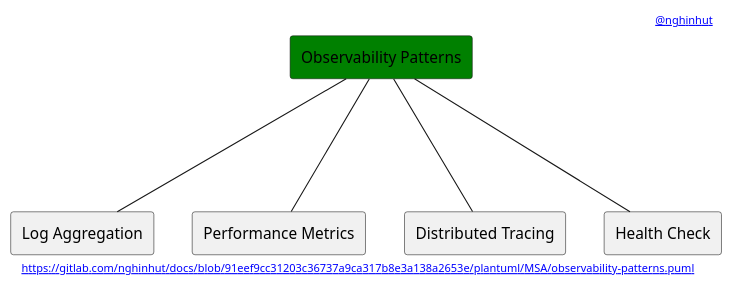
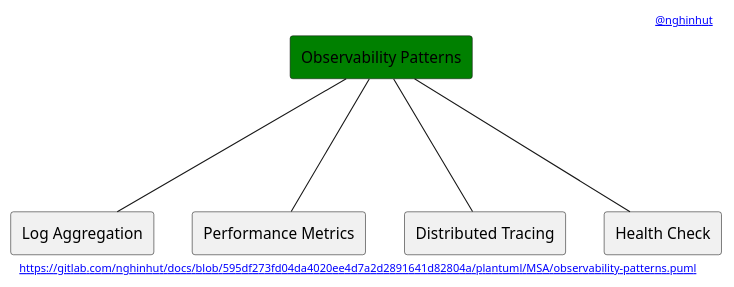
Before and after one commit to nghinhut/docs: the diagram in plantuml/MSA/observability-patterns.puml, drawn with PlantUML. The commit also changed 24 other files, not shown here.

Commit message:
docs(plantuml): update headers

```diff
--- a/plantuml/MSA/observability-patterns.puml
+++ b/plantuml/MSA/observability-patterns.puml
@@ -1,18 +1,18 @@
 @startuml
 '-----START auto generated metadata please keep comment here to allow auto update-----
 '-----DON'T EDIT THIS SECTION, INSTEAD RE-RUN prebuild.sh TO UPDATE-----
-header [[https://www.nghinhut.dev?from=http%5C%3A%5C%2F%5C%2Fwww%5C.plantuml%5C.com%5C%2Fplantuml%5C%2Fproxy%3Ffmt%3Dsvg%5C%26src%3Dhttps%5C%3A%5C%2F%5C%2Fgitlab%5C.com%5C%2Fnghinhut%5C%2Fdocs%5C%2Fraw%5C%2F91eef9cc31203c36737a9ca317b8e3a138a2653e%5C%2Fplantuml%5C%2FMSA%5C%2Fobservability-patterns%5C.puml%0A @nghinhut]]
-footer [[http://www.plantuml.com/plantuml/proxy?fmt=svg&src=https://gitlab.com/nghinhut/docs/raw/91eef9cc31203c36737a9ca317b8e3a138a2653e/plantuml/MSA/observability-patterns.puml https://gitlab.com/nghinhut/docs/blob/91eef9cc31203c36737a9ca317b8e3a138a2653e/plantuml/MSA/observability-patterns.puml]]
+header [[https://www.nghinhut.dev?from=http%5C%3A%5C%2F%5C%2Fwww%5C.plantuml%5C.com%5C%2Fplantuml%5C%2Fproxy%3Ffmt%3Dsvg%5C%26src%3Dhttps%5C%3A%5C%2F%5C%2Fgitlab%5C.com%5C%2Fnghinhut%5C%2Fdocs%5C%2Fraw%5C%2F595df273fd04da4020ee4d7a2d2891641d82804a%5C%2Fplantuml%5C%2FMSA%5C%2Fobservability-patterns%5C.puml%0A @nghinhut]]
+footer [[http://www.plantuml.com/plantuml/proxy?fmt=svg&src=https://gitlab.com/nghinhut/docs/raw/595df273fd04da4020ee4d7a2d2891641d82804a/plantuml/MSA/observability-patterns.puml https://gitlab.com/nghinhut/docs/blob/595df273fd04da4020ee4d7a2d2891641d82804a/plantuml/MSA/observability-patterns.puml]]
 '-----END auto generated metadata please keep comment here to allow auto update-----
 
 rectangle "Observability Patterns" as Observability #green
 
 rectangle "Log Aggregation" as ObservabilityP1
 rectangle "Performance Metrics" as ObservabilityP2
 rectangle "Distributed Tracing" as ObservabilityP3
 rectangle "Health Check" as ObservabilityP4
 Observability --- ObservabilityP1
 Observability --- ObservabilityP2
 Observability --- ObservabilityP3
 Observability --- ObservabilityP4
 @enduml
```
